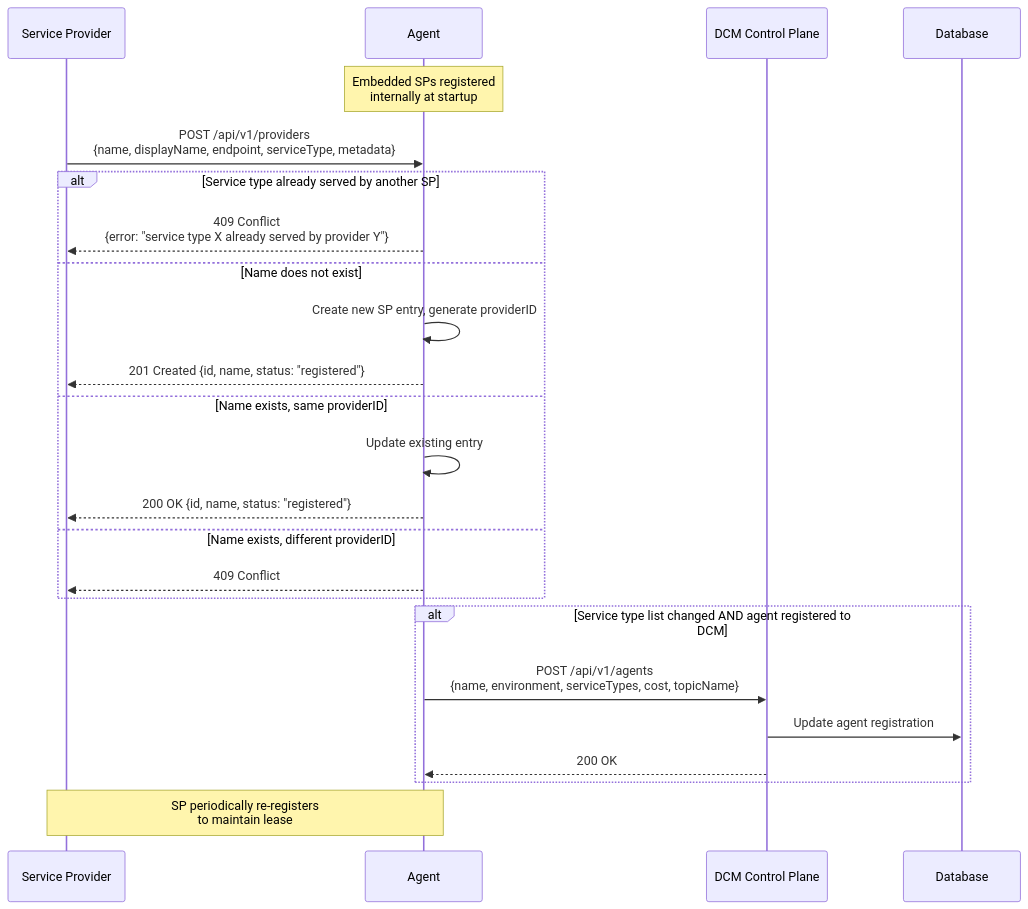
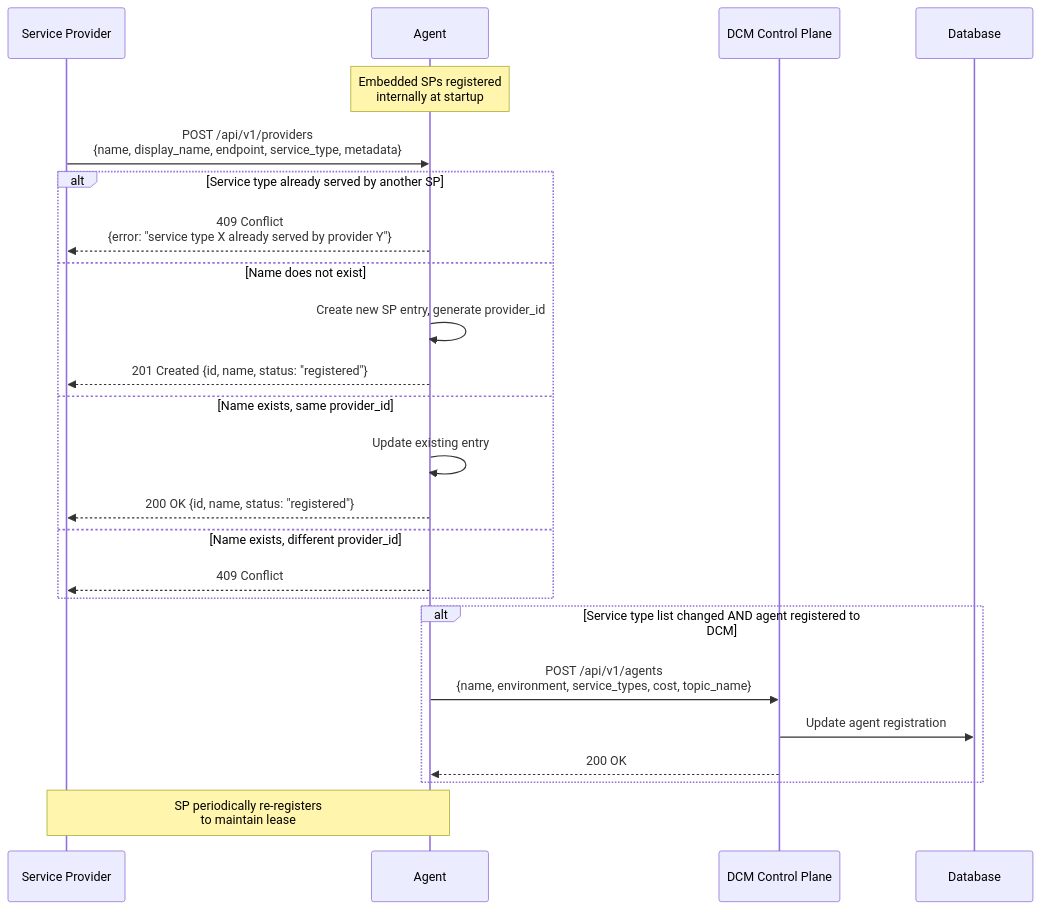
Before and after one commit to dcm-project/enhancements: the seventh of 23 diagrams in enhancements/user-flows/user-flows.md, drawn with Mermaid. The commit also changed other lines of this file and 19 other files, not shown here.

````diff
--- a/enhancements/user-flows/user-flows.md
+++ b/enhancements/user-flows/user-flows.md
@@ -536,31 +536,31 @@
 ```mermaid
 sequenceDiagram
     participant SP as Service Provider
     participant AG as Agent
     participant DCM as DCM Control Plane
     participant DB as Database
 
     Note over AG: Embedded SPs registered<br/>internally at startup
 
-    SP->>AG: POST /api/v1/providers<br/>{name, displayName, endpoint, serviceType, metadata}
+    SP->>AG: POST /api/v1/providers<br/>{name, display_name, endpoint, service_type, metadata}
 
     alt Service type already served by another SP
         AG-->>SP: 409 Conflict<br/>{error: "service type X already served by provider Y"}
     else Name does not exist
-        AG->>AG: Create new SP entry, generate providerID
+        AG->>AG: Create new SP entry, generate provider_id
         AG-->>SP: 201 Created {id, name, status: "registered"}
-    else Name exists, same providerID
+    else Name exists, same provider_id
         AG->>AG: Update existing entry
         AG-->>SP: 200 OK {id, name, status: "registered"}
-    else Name exists, different providerID
+    else Name exists, different provider_id
         AG-->>SP: 409 Conflict
     end
 
     alt Service type list changed AND agent registered to DCM
-        AG->>DCM: POST /api/v1/agents<br/>{name, environment, serviceTypes, cost, topicName}
+        AG->>DCM: POST /api/v1/agents<br/>{name, environment, service_types, cost, topic_name}
         DCM->>DB: Update agent registration
         DCM-->>AG: 200 OK
     end
 
     Note over SP,AG: SP periodically re-registers<br/>to maintain lease
 ```
````
